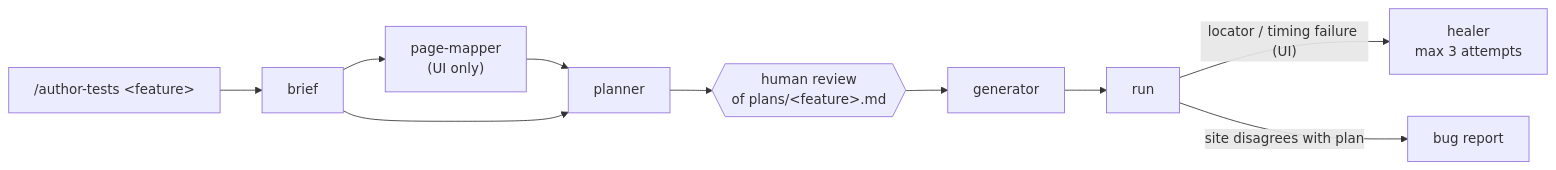
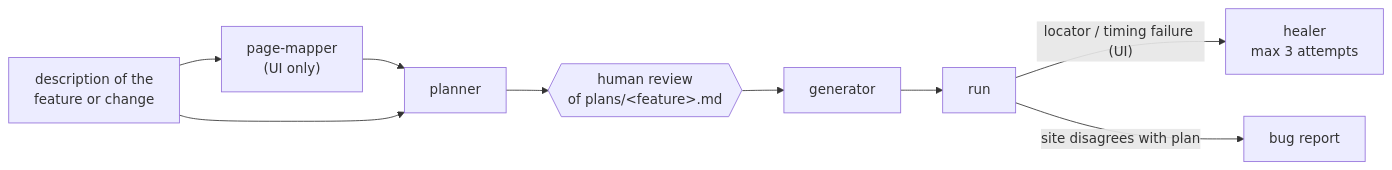
Before and after one commit to benweese/playwright-ai-qa-agents: the diagram in README.md, drawn with Mermaid. The commit also changed other lines of this file and 4 other files, not shown here.

````diff
--- a/README.md
+++ b/README.md
@@ -17,12 +17,11 @@
 ```mermaid
 flowchart LR
-    A["/author-tests &lt;feature&gt;"] --> B[brief]
-    B --> M["page-mapper<br/>(UI only)"]
+    B["description of the<br/>feature or change"] --> M["page-mapper<br/>(UI only)"]
     M --> P[planner]
     B --> P
     P --> R{{"human review<br/>of plans/&lt;feature&gt;.md"}}
     R --> G[generator]
     G --> X[run]
     X -->|"locator / timing failure (UI)"| H["healer<br/>max 3 attempts"]
     X -->|"site disagrees with plan"| BUG[bug report]
 ```
````
